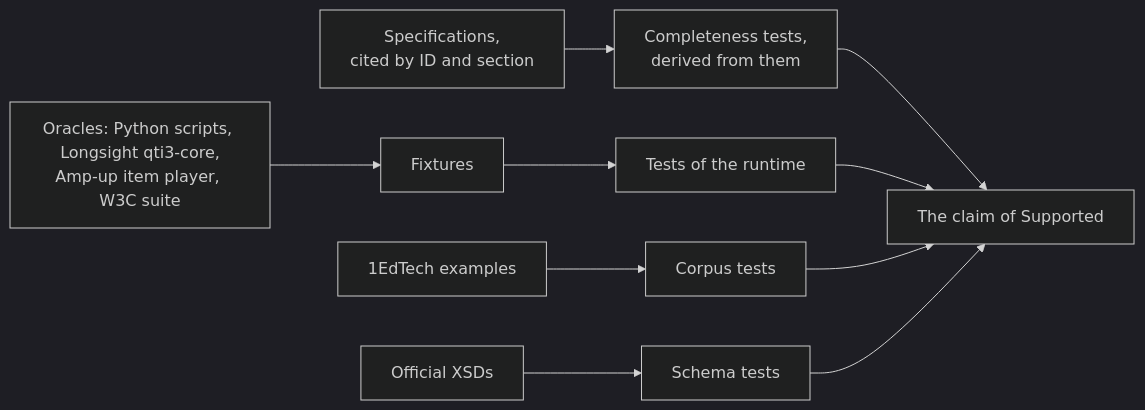
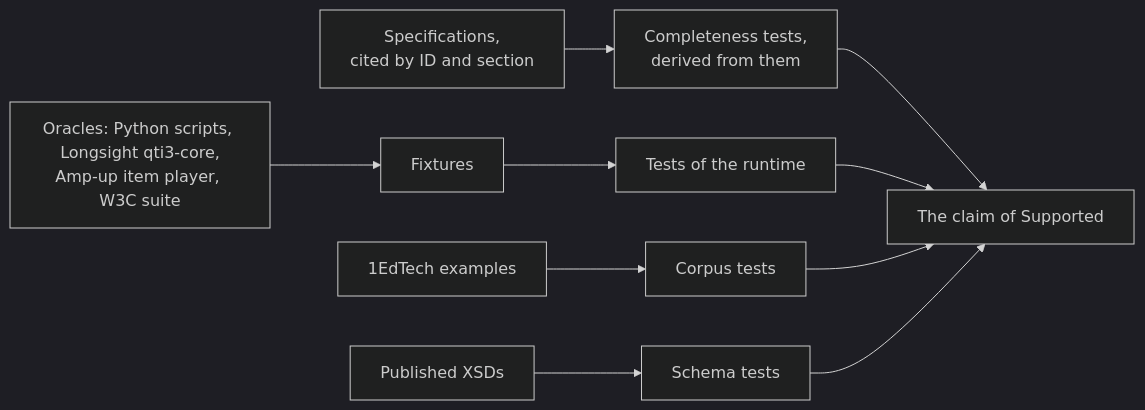
The first of 4 diagrams in docs/runtime/evidence.md (assesskit/assesskit), drawn with Mermaid (dark theme) before and after one commit. The commit also changed other lines of this file and 46 other files, not shown here.

````diff
--- a/docs/runtime/evidence.md
+++ b/docs/runtime/evidence.md
@@ -6,11 +6,11 @@
 ```mermaid
 flowchart LR
   spec["Specifications,<br/>cited by ID and section"] --> complete["Completeness tests,<br/>derived from them"]
   oracles["Oracles: Python scripts, Longsight qti3-core,<br/>Amp-up item player, W3C suite"] --> fixtures["Fixtures"] --> tests["Tests of the runtime"]
   corpus["1EdTech examples"] --> corpusTests["Corpus tests"]
-  schemas["Official XSDs"] --> xsdTests["Schema tests"]
+  schemas["Published XSDs"] --> xsdTests["Schema tests"]
   complete --> claim["The claim of Supported"]
   tests --> claim
   corpusTests --> claim
   xsdTests --> claim
 ```
````
